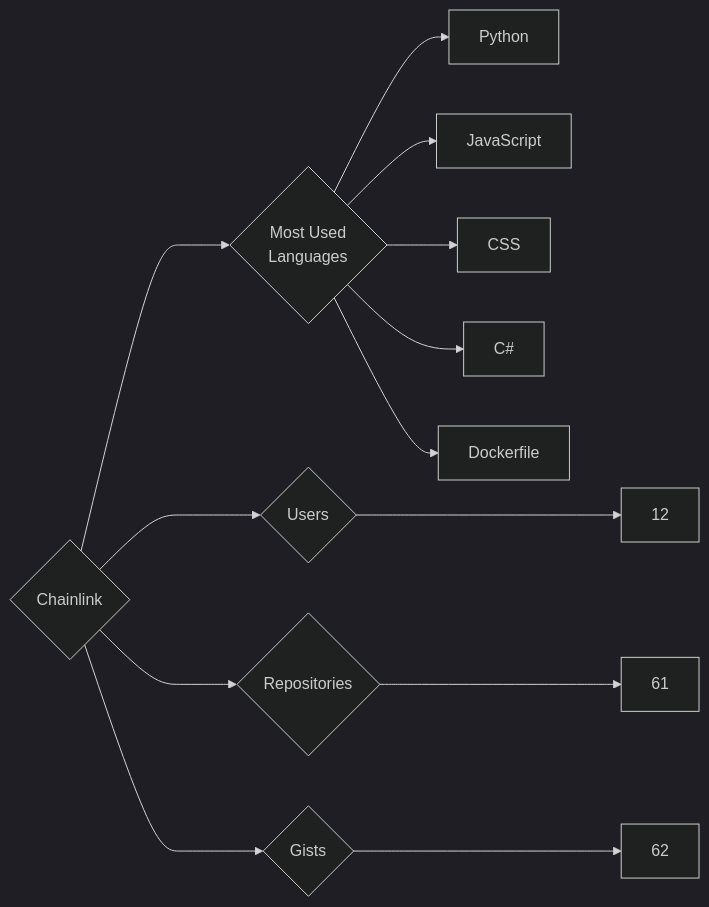
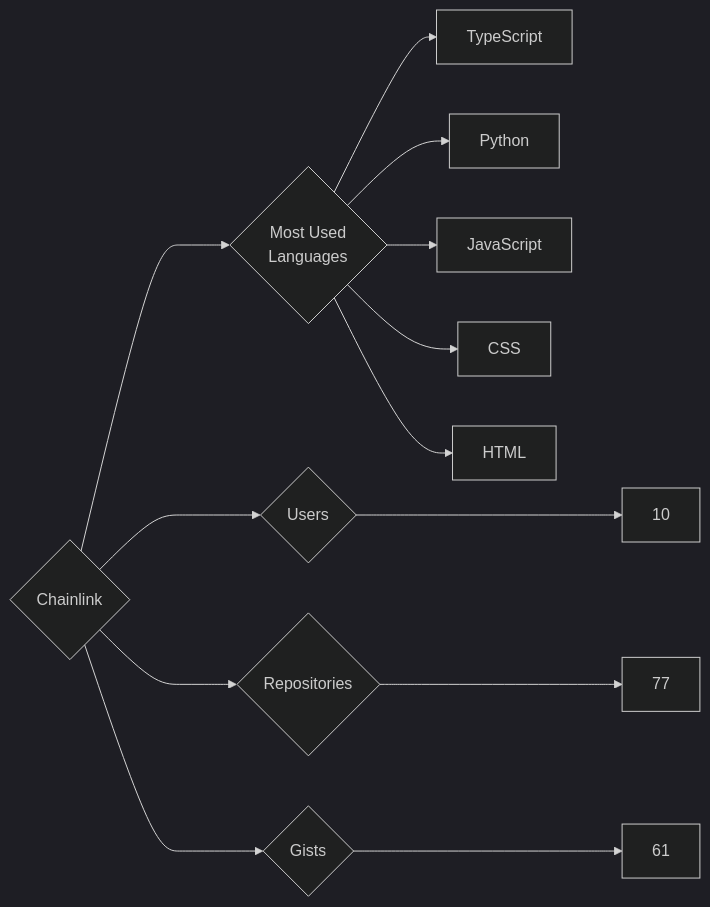
The diagram in targets/Chainlink/README.md (trickest/insiders), drawn with Mermaid (dark theme) before and after one commit. The commit also changed 1084 other files, not shown here.

````diff
--- a/targets/Chainlink/README.md
+++ b/targets/Chainlink/README.md
@@ -3,13 +3,13 @@
 ```mermaid
 graph LR
 COMPANY_NAME{Chainlink}
-COMPANY_NAME ---> U{Users} ---> UN[12]
-COMPANY_NAME ---> R{Repositories} ---> RN[61]
-COMPANY_NAME ---> G{Gists} ---> GN[62]
+COMPANY_NAME ---> U{Users} ---> UN[10]
+COMPANY_NAME ---> R{Repositories} ---> RN[77]
+COMPANY_NAME ---> G{Gists} ---> GN[61]
 COMPANY_NAME ---> ML{Most Used<br>Languages}
+ML --> TypeScript[TypeScript]
 ML --> Python[Python]
 ML --> JavaScript[JavaScript]
 ML --> CSS[CSS]
-ML --> C#[C#]
-ML --> Dockerfile[Dockerfile]
+ML --> HTML[HTML]
 ```
````
